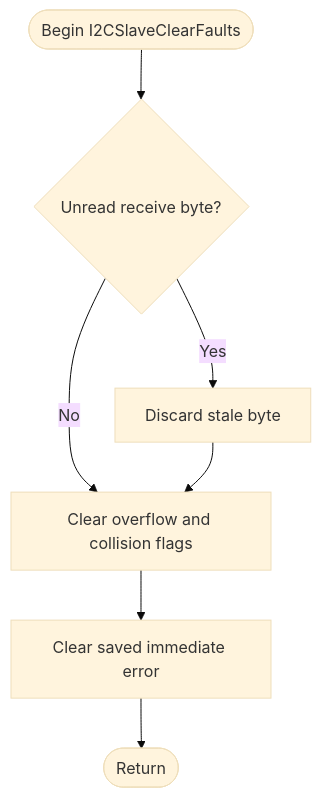
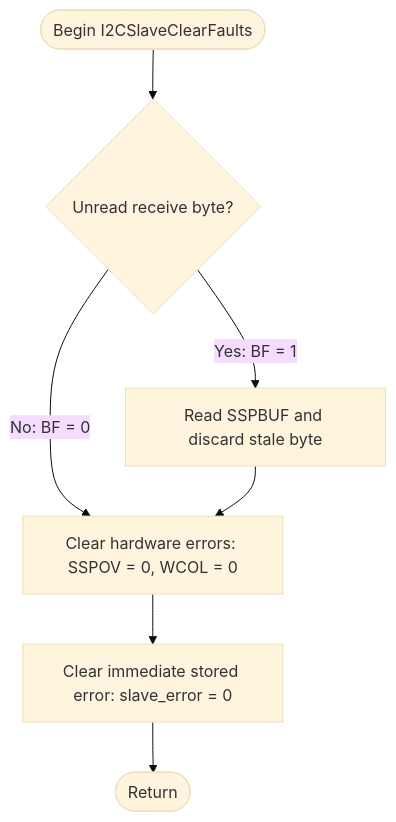
One commit to rosstimo/RCET3375 changed the fifth of 10 diagrams in LabAssignments/support/Lab10-I2C-Slave-Three-Level-Student-Guide.md. Above: the diagram before and after it, drawn with Mermaid (base theme). The commit also changed other lines of this file, not shown here.

Commit message:
Use explicit MSSP bit and register conditions in remaining Level 1 flowcharts

````diff
--- a/LabAssignments/support/Lab10-I2C-Slave-Three-Level-Student-Guide.md
+++ b/LabAssignments/support/Lab10-I2C-Slave-Three-Level-Student-Guide.md
@@ -191,9 +191,9 @@
 ```mermaid
 flowchart TD
-    Begin([Begin I2CSlaveClearFaults]) --> Full{"Unread receive byte?"}
-    Full -->|Yes| Drain["Discard stale byte"]
-    Full -->|No| Clear["Clear overflow and collision flags"]
+    Begin(["Begin I2CSlaveClearFaults"]) --> Full{"Unread receive byte?"}
+    Full -->|"Yes: BF = 1"| Drain["Read SSPBUF and discard stale byte"]
+    Full -->|"No: BF = 0"| Clear["Clear hardware errors: SSPOV = 0, WCOL = 0"]
     Drain --> Clear
-    Clear --> Saved["Clear saved immediate error"]
-    Saved --> Exit([Return])
+    Clear --> Saved["Clear immediate stored error: slave_error = 0"]
+    Saved --> Exit(["Return"])
 ```
````
